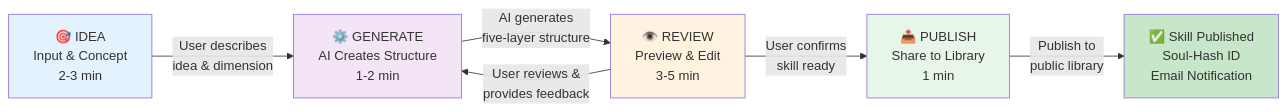
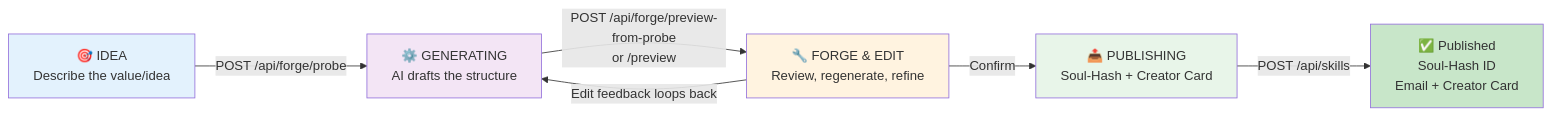
The third of 6 diagrams in docs/ARCHITECTURE.md (xiaojialove-DRP/the42post), drawn with Mermaid before and after one commit. The commit also changed other lines of this file and 1 other file, not shown here.

First line of the commit message:
Docs: rewrite ARCHITECTURE.md to match the real system, add diagram to README

````diff
--- a/docs/ARCHITECTURE.md
+++ b/docs/ARCHITECTURE.md
@@ -44,19 +70,19 @@
 ```mermaid
 graph LR
-    Step1["🎯 IDEA<br/>Input & Concept<br/>2-3 min"]
-    Step2["⚙️ GENERATE<br/>AI Creates Structure<br/>1-2 min"]
-    Step3["👁️ REVIEW<br/>Preview & Edit<br/>3-5 min"]
-    Step4["📤 PUBLISH<br/>Share to Library<br/>1 min"]
-    
-    Step1 -->|User describes<br/>idea & dimension| Step2
-    Step2 -->|AI generates<br/>five-layer structure| Step3
-    Step3 -->|User reviews &<br/>provides feedback| Step2
-    Step3 -->|User confirms<br/>skill ready| Step4
-    Step4 -->|Publish to<br/>public library| Result["✅ Skill Published<br/>Soul-Hash ID<br/>Email Notification"]
-    
+    Step1["🎯 IDEA<br/>Describe the value/idea"]
+    Step2["⚙️ GENERATING<br/>AI drafts the structure"]
+    Step3["🔧 FORGE & EDIT<br/>Review, regenerate, refine"]
+    Step4["📤 PUBLISHING<br/>Soul-Hash + Creator Card"]
+
+    Step1 -->|POST /api/forge/probe| Step2
+    Step2 -->|POST /api/forge/preview-from-probe<br/>or /preview| Step3
+    Step3 -->|Edit feedback loops back| Step2
+    Step3 -->|Confirm| Step4
+    Step4 -->|POST /api/skills| Result["✅ Published<br/>Soul-Hash ID<br/>Email + Creator Card"]
+
     style Step1 fill:#e3f2fd
     style Step2 fill:#f3e5f5
     style Step3 fill:#fff3e0
     style Step4 fill:#e8f5e9
     style Result fill:#c8e6c9
 ```
````
